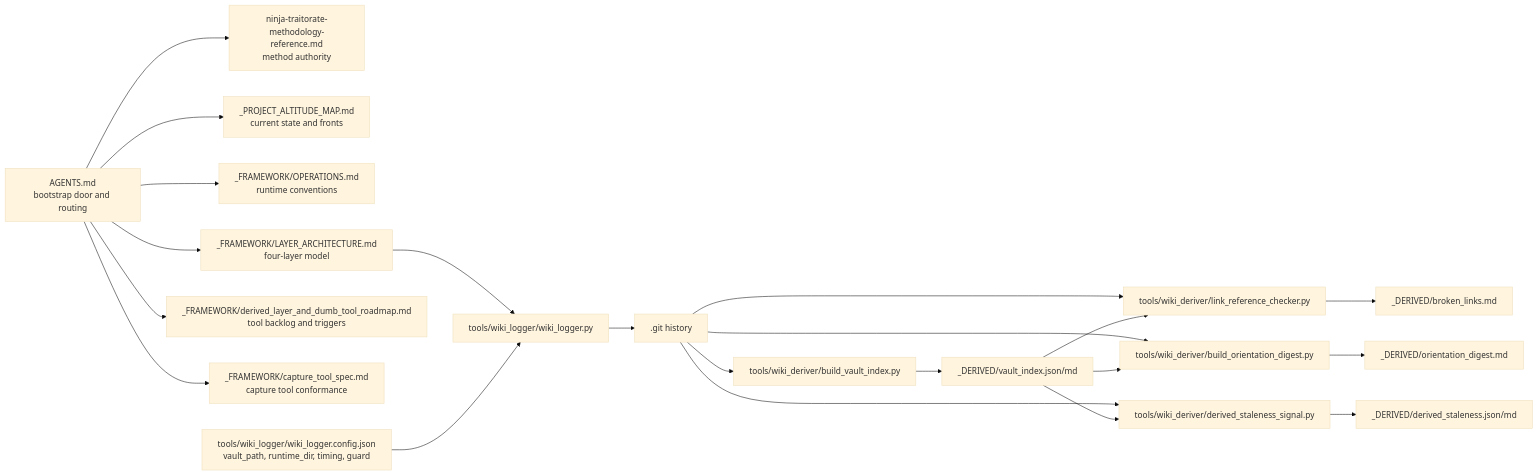
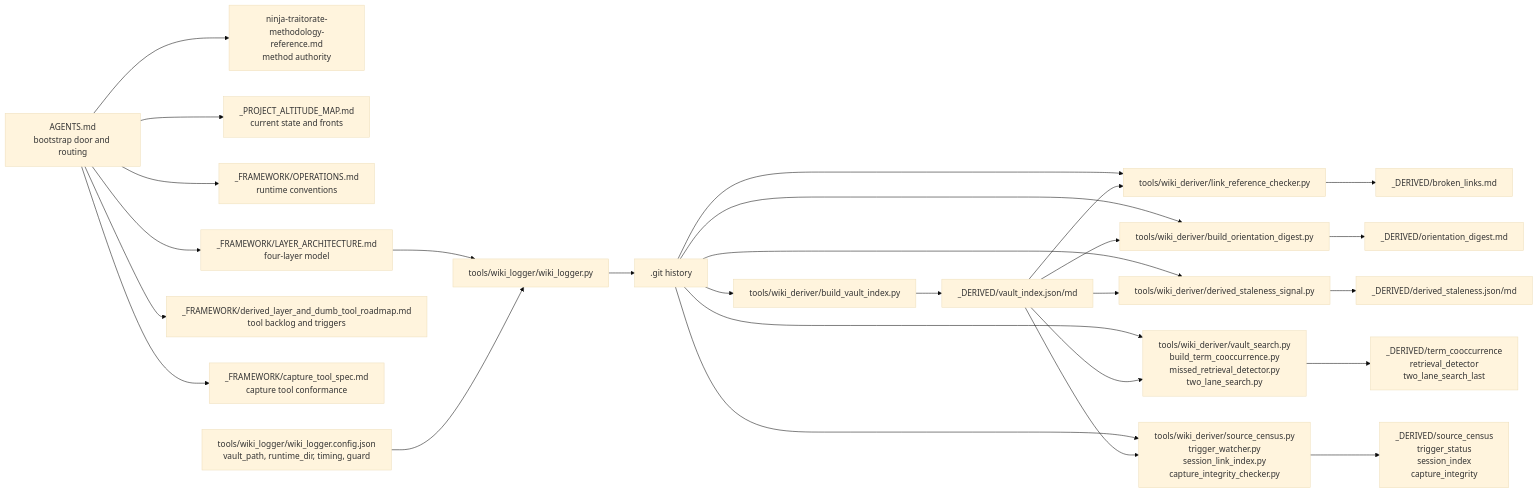
One commit to Wiki-Mediators/wiki-mediators-mgmt changed the second of 2 diagrams in _FRAMEWORK/wiki_architecture_flow.md. Above: the diagram before and after it, drawn with Mermaid (base theme). The commit also changed other lines of this file and 10 other files, not shown here.

````diff
--- a/_FRAMEWORK/wiki_architecture_flow.md
+++ b/_FRAMEWORK/wiki_architecture_flow.md
@@ -53,27 +53,33 @@
 ```mermaid
 flowchart LR
     AG["AGENTS.md<br/>bootstrap door and routing"] --> METH["ninja-traitorate-methodology-reference.md<br/>method authority"]
     AG --> ALT["_PROJECT_ALTITUDE_MAP.md<br/>current state and fronts"]
     AG --> OPS["_FRAMEWORK/OPERATIONS.md<br/>runtime conventions"]
     AG --> ARCH["_FRAMEWORK/LAYER_ARCHITECTURE.md<br/>four-layer model"]
     AG --> ROAD["_FRAMEWORK/derived_layer_and_dumb_tool_roadmap.md<br/>tool backlog and triggers"]
     AG --> CAP["_FRAMEWORK/capture_tool_spec.md<br/>capture tool conformance"]
 
     ARCH --> LOG["tools/wiki_logger/wiki_logger.py"]
     LOGCFG["tools/wiki_logger/wiki_logger.config.json<br/>vault_path, runtime_dir, timing, guard"] --> LOG
     LOG --> GIT[".git history"]
 
     GIT --> IDX["tools/wiki_deriver/build_vault_index.py"]
     GIT --> LINK["tools/wiki_deriver/link_reference_checker.py"]
     GIT --> DIG["tools/wiki_deriver/build_orientation_digest.py"]
     GIT --> STALE["tools/wiki_deriver/derived_staleness_signal.py"]
+    GIT --> RET["tools/wiki_deriver/vault_search.py<br/>build_term_cooccurrence.py<br/>missed_retrieval_detector.py<br/>two_lane_search.py"]
+    GIT --> GOV["tools/wiki_deriver/source_census.py<br/>trigger_watcher.py<br/>session_link_index.py<br/>capture_integrity_checker.py"]
 
     IDX --> VI["_DERIVED/vault_index.json/md"]
     LINK --> BL["_DERIVED/broken_links.md"]
     DIG --> OD["_DERIVED/orientation_digest.md"]
     STALE --> DS["_DERIVED/derived_staleness.json/md"]
+    RET --> RS["_DERIVED/term_cooccurrence<br/>retrieval_detector<br/>two_lane_search_last"]
+    GOV --> GS["_DERIVED/source_census<br/>trigger_status<br/>session_index<br/>capture_integrity"]
 
     VI --> LINK
     VI --> DIG
     VI --> STALE
+    VI --> RET
+    VI --> GOV
 ```
````
